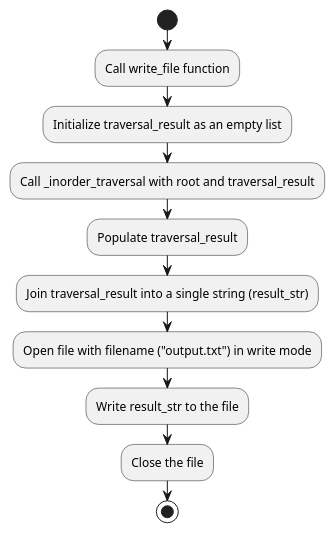
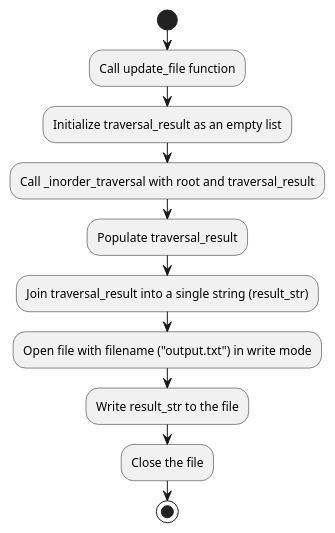
The diagram in flowchart/write_file.plantuml (Ganthepro/ood-project), drawn with PlantUML before and after one commit. The commit also changed 1 other file, not shown here.

Commit message:
pref: directly call update_file

```diff
--- a/flowchart/write_file.plantuml
+++ b/flowchart/write_file.plantuml
@@ -1,17 +1,17 @@
 @startuml
 start
 
-:Call write_file function;
+:Call update_file function;
 :Initialize traversal_result as an empty list;
 
 :Call _inorder_traversal with root and traversal_result;
 :Populate traversal_result;
 
 :Join traversal_result into a single string (result_str);
 
 :Open file with filename ("output.txt") in write mode;
 :Write result_str to the file;
 
 :Close the file;
 stop
 @enduml
```
